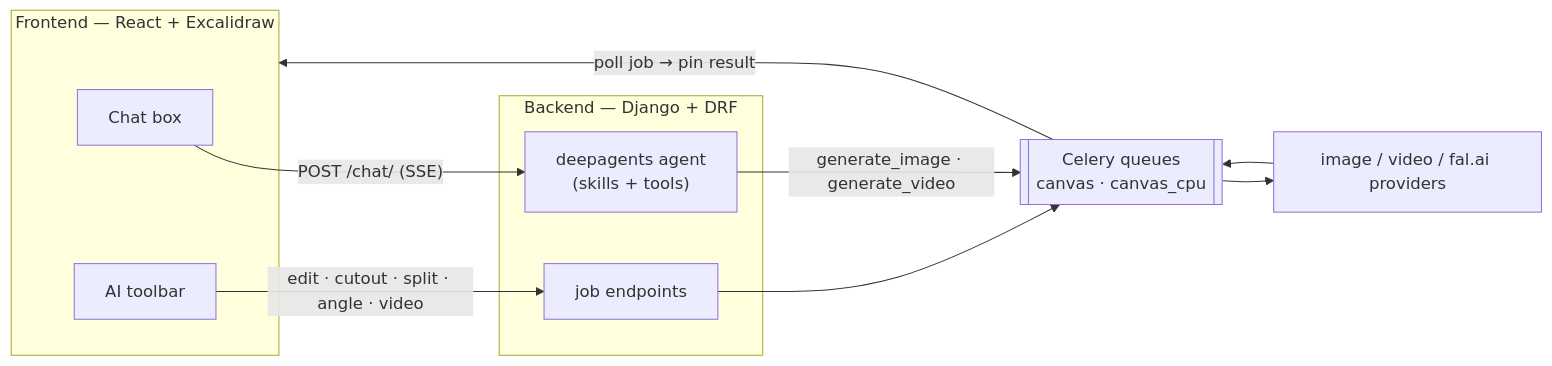
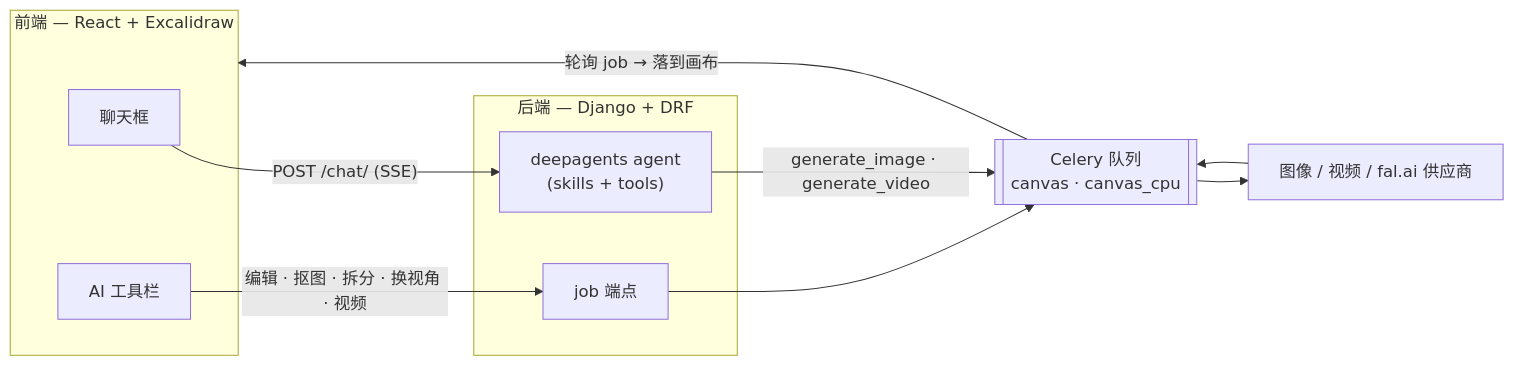
One commit to Orieileen/Canvex changed the diagram in README.md. Above: the diagram before and after it, drawn with Mermaid. The commit also changed other lines of this file and 2 other files, not shown here.

````diff
--- a/README.md
+++ b/README.md
@@ -36,19 +34,19 @@
 ```mermaid
 flowchart LR
-  subgraph FE["Frontend — React + Excalidraw"]
-    Chat["Chat box"]
-    Bar["AI toolbar"]
+  subgraph FE["前端 — React + Excalidraw"]
+    Chat["聊天框"]
+    Bar["AI 工具栏"]
   end
-  subgraph BE["Backend — Django + DRF"]
+  subgraph BE["后端 — Django + DRF"]
     Agent["deepagents agent<br/>(skills + tools)"]
-    API["job endpoints"]
+    API["job 端点"]
   end
-  Q[["Celery queues<br/>canvas · canvas_cpu"]]
-  Prov["image / video / fal.ai providers"]
+  Q[["Celery 队列<br/>canvas · canvas_cpu"]]
+  Prov["图像 / 视频 / fal.ai 供应商"]
 
   Chat -->|"POST /chat/ (SSE)"| Agent
   Agent -->|"generate_image · generate_video"| Q
-  Bar -->|"edit · cutout · split · angle · video"| API --> Q
+  Bar -->|"编辑 · 抠图 · 拆分 · 换视角 · 视频"| API --> Q
   Q --> Prov --> Q
-  Q -->|"poll job → pin result"| FE
+  Q -->|"轮询 job → 落到画布"| FE
 ```
````
